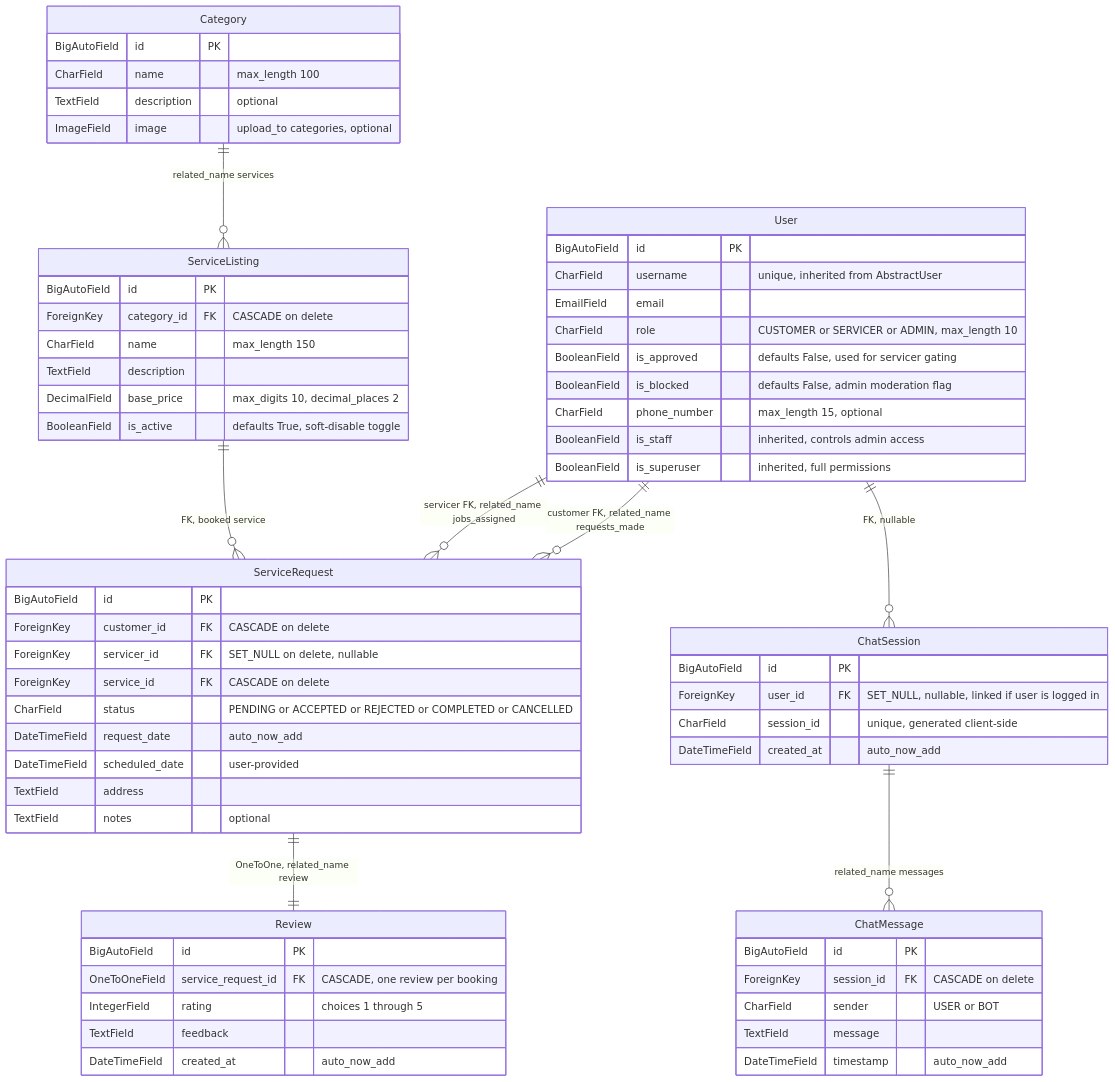
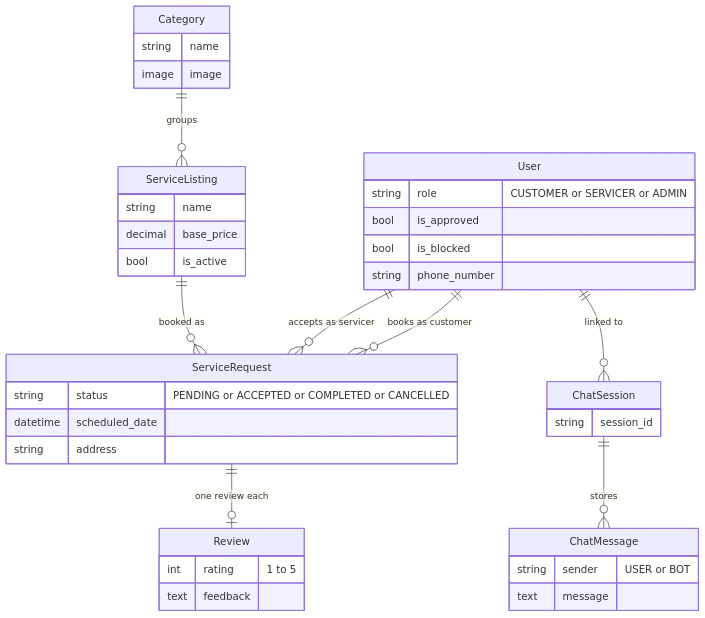
The first of 5 diagrams in readme.md (KushagraB424/TaskMate), drawn with Mermaid before and after one commit. The commit also changed other lines of this file, not shown here.

````diff
--- a/readme.md
+++ b/readme.md
@@ -202,73 +173,42 @@
 ```mermaid
 erDiagram
     User {
-        BigAutoField id PK
-        CharField username "unique, inherited from AbstractUser"
-        EmailField email
-        CharField role "CUSTOMER or SERVICER or ADMIN, max_length 10"
-        BooleanField is_approved "defaults False, used for servicer gating"
-        BooleanField is_blocked "defaults False, admin moderation flag"
-        CharField phone_number "max_length 15, optional"
-        BooleanField is_staff "inherited, controls admin access"
-        BooleanField is_superuser "inherited, full permissions"
+        string role "CUSTOMER or SERVICER or ADMIN"
+        bool is_approved
+        bool is_blocked
+        string phone_number
+    }
+    Category {
+        string name
+        image image
+    }
+    ServiceListing {
+        string name
+        decimal base_price
+        bool is_active
+    }
+    ServiceRequest {
+        string status "PENDING or ACCEPTED or COMPLETED or CANCELLED"
+        datetime scheduled_date
+        string address
+    }
+    Review {
+        int rating "1 to 5"
+        text feedback
+    }
+    ChatSession {
+        string session_id
+    }
+    ChatMessage {
+        string sender "USER or BOT"
+        text message
     }
 
-    Category {
-        BigAutoField id PK
-        CharField name "max_length 100"
-        TextField description "optional"
-        ImageField image "upload_to categories, optional"
-    }
-
-    ServiceListing {
-        BigAutoField id PK
-        ForeignKey category_id FK "CASCADE on delete"
-        CharField name "max_length 150"
-        TextField description
-        DecimalField base_price "max_digits 10, decimal_places 2"
-        BooleanField is_active "defaults True, soft-disable toggle"
-    }
-
-    ServiceRequest {
-        BigAutoField id PK
-        ForeignKey customer_id FK "CASCADE on delete"
-        ForeignKey servicer_id FK "SET_NULL on delete, nullable"
-        ForeignKey service_id FK "CASCADE on delete"
-        CharField status "PENDING or ACCEPTED or REJECTED or COMPLETED or CANCELLED"
-        DateTimeField request_date "auto_now_add"
-        DateTimeField scheduled_date "user-provided"
-        TextField address
-        TextField notes "optional"
-    }
-
-    Review {
-        BigAutoField id PK
-        OneToOneField service_request_id FK "CASCADE, one review per booking"
-        IntegerField rating "choices 1 through 5"
-        TextField feedback
-        DateTimeField created_at "auto_now_add"
-    }
-
-    ChatSession {
-        BigAutoField id PK
-        ForeignKey user_id FK "SET_NULL, nullable, linked if user is logged in"
-        CharField session_id "unique, generated client-side"
-        DateTimeField created_at "auto_now_add"
-    }
-
-    ChatMessage {
-        BigAutoField id PK
-        ForeignKey session_id FK "CASCADE on delete"
-        CharField sender "USER or BOT"
-        TextField message
-        DateTimeField timestamp "auto_now_add"
-    }
-
-    User ||--o{ ServiceRequest : "customer FK, related_name requests_made"
-    User ||--o{ ServiceRequest : "servicer FK, related_name jobs_assigned"
-    Category ||--o{ ServiceListing : "related_name services"
-    ServiceListing ||--o{ ServiceRequest : "FK, booked service"
-    ServiceRequest ||--|| Review : "OneToOne, related_name review"
-    User ||--o{ ChatSession : "FK, nullable"
-    ChatSession ||--o{ ChatMessage : "related_name messages"
+    User ||--o{ ServiceRequest : "books as customer"
+    User ||--o{ ServiceRequest : "accepts as servicer"
+    Category ||--o{ ServiceListing : "groups"
+    ServiceListing ||--o{ ServiceRequest : "booked as"
+    ServiceRequest ||--o| Review : "one review each"
+    User ||--o{ ChatSession : "linked to"
+    ChatSession ||--o{ ChatMessage : "stores"
 ```
````
